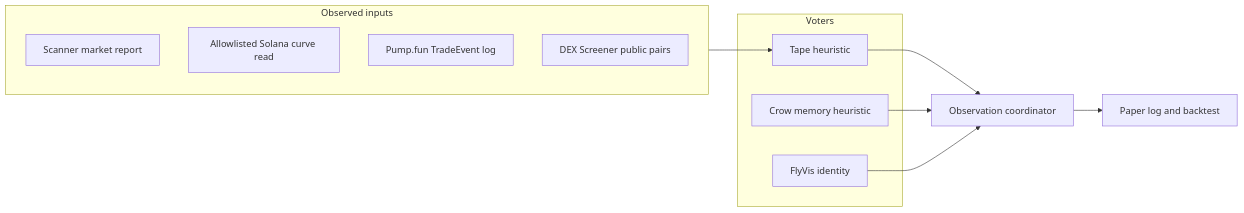
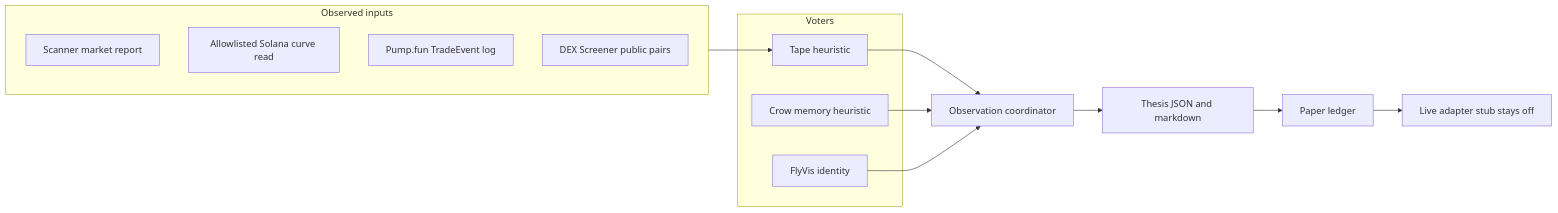
The diagram in docs/giant-brain.md (BuildWithAAI/buildwithAAI), drawn with Mermaid before and after one commit. The commit also changed other lines of this file and 8 other files, not shown here.

First line of the commit message:
Add paper theses, a snapshot ledger, and a disabled live gate

````diff
--- a/docs/giant-brain.md
+++ b/docs/giant-brain.md
@@ -5,19 +5,21 @@
 ```mermaid
 flowchart LR
   subgraph sources [Observed inputs]
     Scanner[Scanner market report]
     Curve[Allowlisted Solana curve read]
     Pump[Pump.fun TradeEvent log]
     Dex[DEX Screener public pairs]
   end
   subgraph brains [Voters]
     Tape[Tape heuristic]
     Crow[Crow memory heuristic]
     Fly[FlyVis identity]
   end
   sources --> Tape
   Tape --> Round[Observation coordinator]
   Crow --> Round
   Fly --> Round
-  Round --> Paper[Paper log and backtest]
+  Round --> Thesis[Thesis JSON and markdown]
+  Thesis --> PaperBook[Paper ledger]
+  PaperBook --> LiveStub[Live adapter stub stays off]
 ```
````
